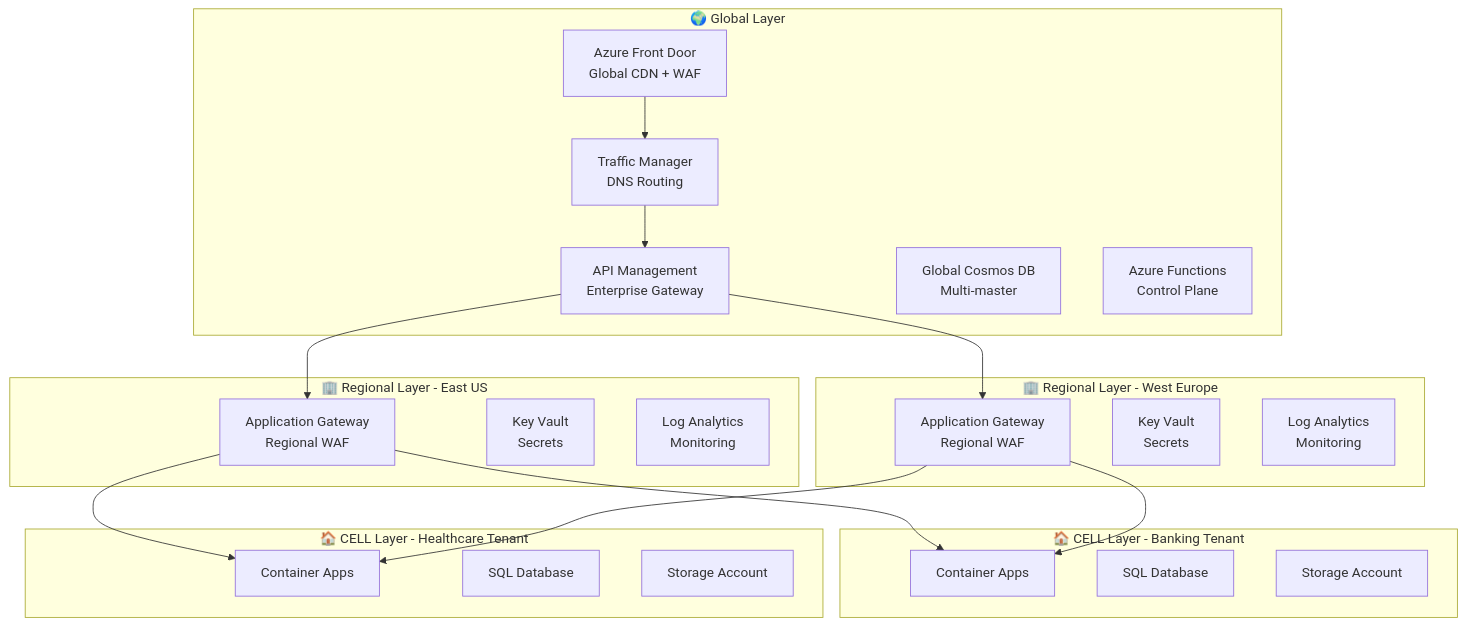
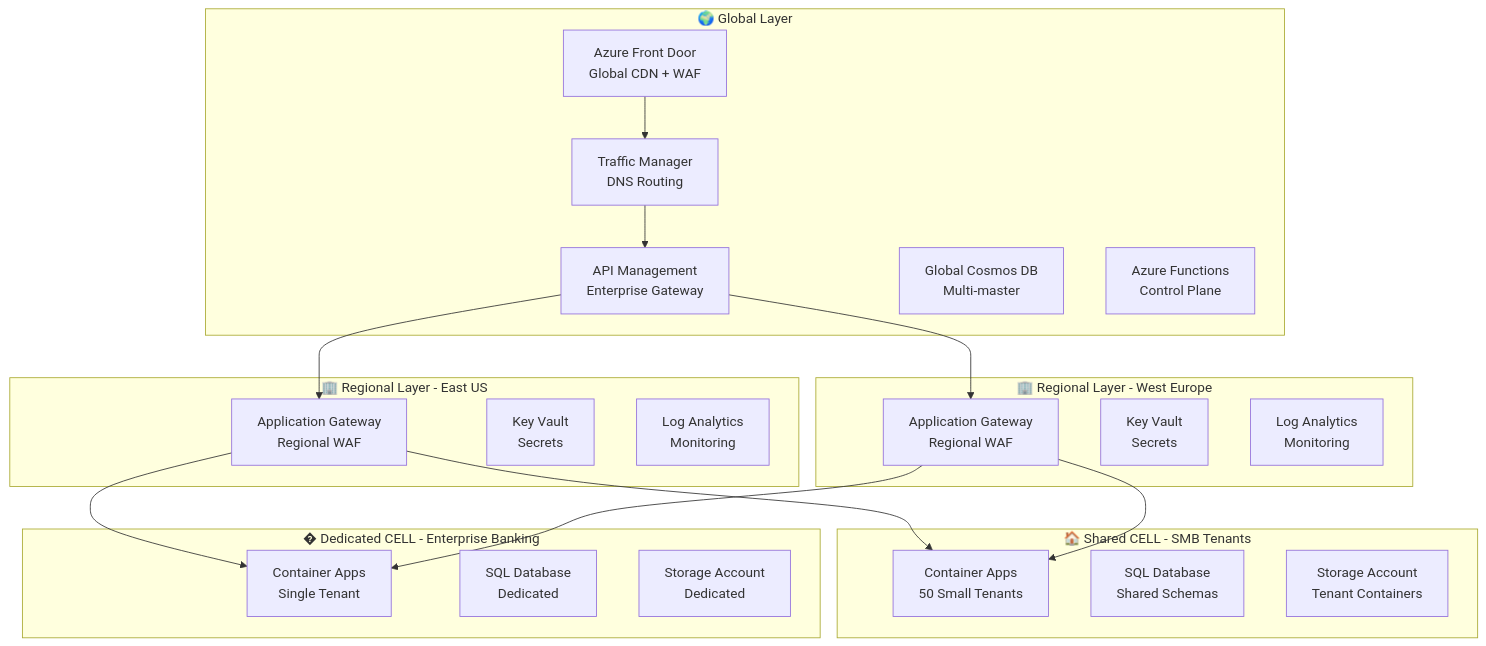
One commit to srnichols/StampsPattern changed the second of 2 diagrams in README.md. Above: the diagram before and after it, drawn with Mermaid. The commit also changed other lines of this file and 5 other files, not shown here.

First line of the commit message:
docs: Add comprehensive Shared vs Dedicated CELL tenancy flexibility

````diff
--- a/README.md
+++ b/README.md
@@ -86,43 +92,43 @@
 ```mermaid
 graph TB
     subgraph "🌍 Global Layer"
         FD[Azure Front Door<br/>Global CDN + WAF]
         TM[Traffic Manager<br/>DNS Routing]
         APIM[API Management<br/>Enterprise Gateway]
         GC[Global Cosmos DB<br/>Multi-master]
         AF[Azure Functions<br/>Control Plane]
     end
     
     subgraph "🏢 Regional Layer - East US"
         AGW1[Application Gateway<br/>Regional WAF]
         KV1[Key Vault<br/>Secrets]
         LA1[Log Analytics<br/>Monitoring]
     end
     
     subgraph "🏢 Regional Layer - West Europe" 
         AGW2[Application Gateway<br/>Regional WAF]
         KV2[Key Vault<br/>Secrets]
         LA2[Log Analytics<br/>Monitoring]
     end
     
-    subgraph "🏠 CELL Layer - Banking Tenant"
-        CA1[Container Apps]
-        SQL1[SQL Database]
-        ST1[Storage Account]
+    subgraph "🏠 Shared CELL - SMB Tenants"
+        CA1[Container Apps<br/>50 Small Tenants]
+        SQL1[SQL Database<br/>Shared Schemas]
+        ST1[Storage Account<br/>Tenant Containers]
     end
     
-    subgraph "🏠 CELL Layer - Healthcare Tenant"
-        CA2[Container Apps]
-        SQL2[SQL Database] 
-        ST2[Storage Account]
+    subgraph "� Dedicated CELL - Enterprise Banking"
+        CA2[Container Apps<br/>Single Tenant]
+        SQL2[SQL Database<br/>Dedicated] 
+        ST2[Storage Account<br/>Dedicated]
     end
     
     FD --> TM
     TM --> APIM
     APIM --> AGW1
     APIM --> AGW2
     AGW1 --> CA1
     AGW1 --> CA2
     AGW2 --> CA1
     AGW2 --> CA2
 ```
````
